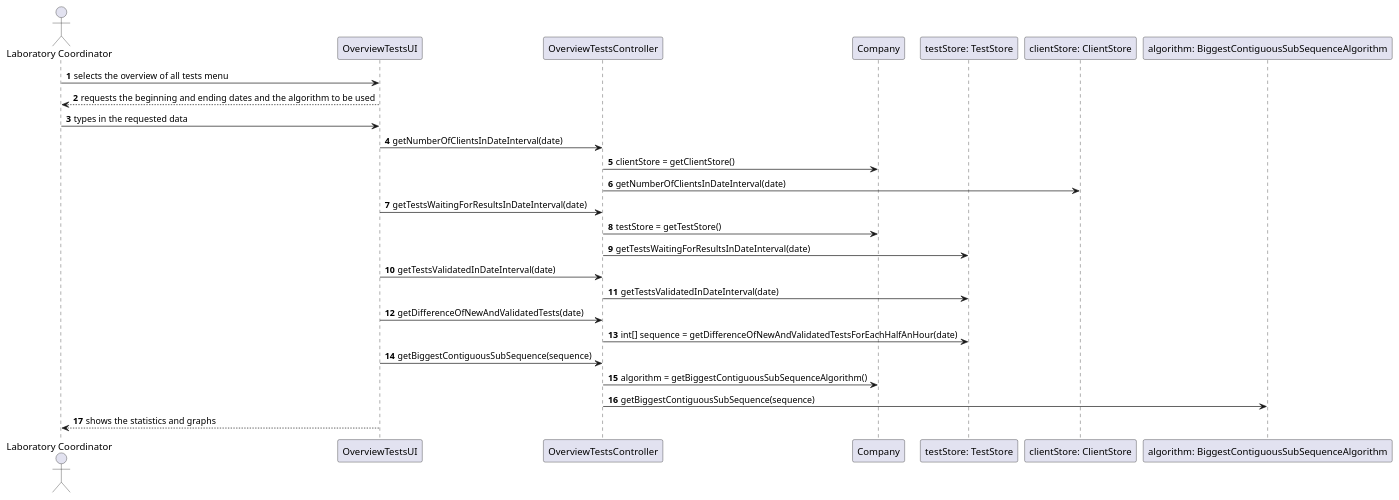
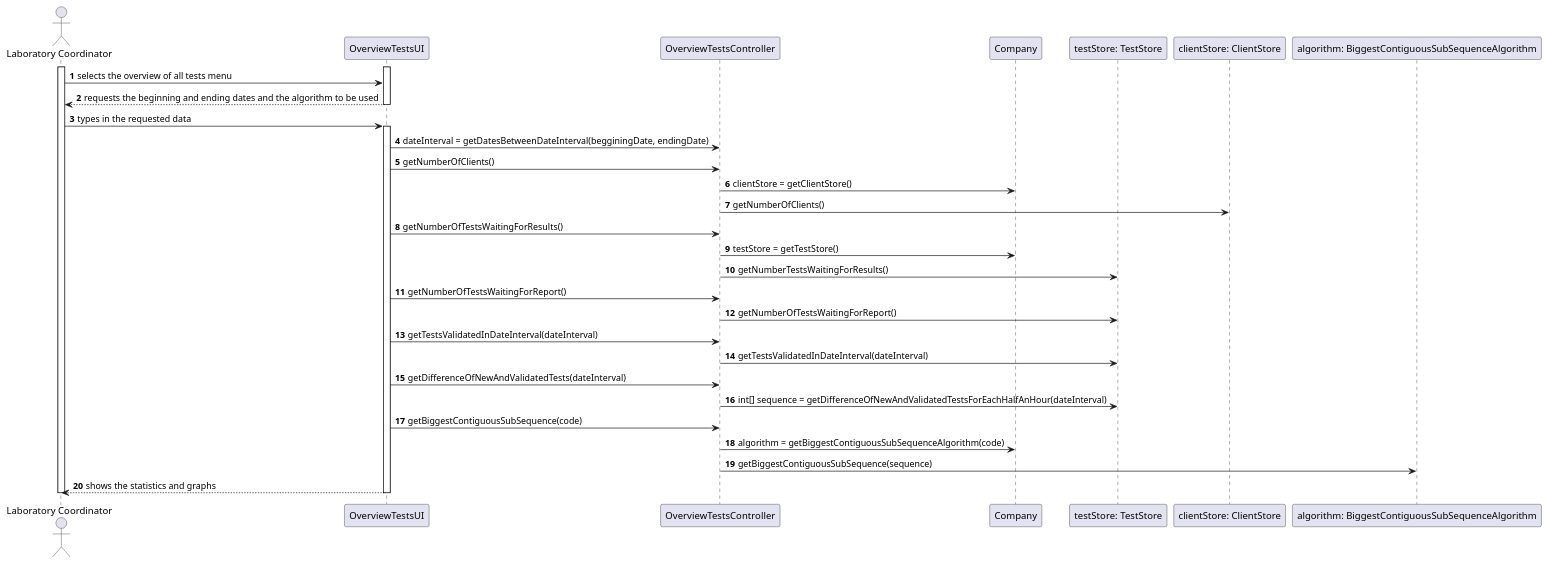
Before and after one commit to MadDinosaur/ISEP-LAPR2: the diagram in docs/SprintD/US16/US16_SD.puml, drawn with PlantUML. The commit also changed 5 other files, not shown here.

Commit message:
US16: updated the sequence diagram; added the code necessary for the user story to work.

```diff
--- a/docs/SprintD/US16/US16_SD.puml
+++ b/docs/SprintD/US16/US16_SD.puml
@@ -1,31 +1,42 @@
 @startuml
 
 autonumber
 
 actor "Laboratory Coordinator" as lc
 participant "OverviewTestsUI" as otUI
 participant "OverviewTestsController" as otC
 participant "Company" as company
 participant "testStore: TestStore" as ts
 participant "clientStore: ClientStore" as cs
 participant "algorithm: BiggestContiguousSubSequenceAlgorithm"
 
+activate lc
+activate otUI
+
 lc -> otUI: selects the overview of all tests menu
 otUI -[dotted]> lc: requests the beginning and ending dates and the algorithm to be used
+deactivate otUI
 lc -> otUI: types in the requested data
-otUI -> otC: getNumberOfClientsInDateInterval(date)
+activate otUI
+otUI -> otC: dateInterval = getDatesBetweenDateInterval(begginingDate, endingDate)
+otUI -> otC: getNumberOfClients()
 otC -> company: clientStore = getClientStore()
-otC -> cs: getNumberOfClientsInDateInterval(date)
-otUI -> otC: getTestsWaitingForResultsInDateInterval(date)
+otC -> cs: getNumberOfClients()
+otUI -> otC: getNumberOfTestsWaitingForResults()
 otC -> company: testStore = getTestStore()
-otC -> ts: getTestsWaitingForResultsInDateInterval(date)
-otUI -> otC: getTestsValidatedInDateInterval(date)
-otC -> ts: getTestsValidatedInDateInterval(date)
-otUI -> otC: getDifferenceOfNewAndValidatedTests(date)
-otC -> ts: int[] sequence = getDifferenceOfNewAndValidatedTestsForEachHalfAnHour(date)
-otUI -> otC: getBiggestContiguousSubSequence(sequence)
-otC -> company: algorithm = getBiggestContiguousSubSequenceAlgorithm()
+otC -> ts: getNumberTestsWaitingForResults()
+otUI -> otC: getNumberOfTestsWaitingForReport()
+otC -> ts: getNumberOfTestsWaitingForReport()
+otUI -> otC: getTestsValidatedInDateInterval(dateInterval)
+otC -> ts: getTestsValidatedInDateInterval(dateInterval)
+otUI -> otC: getDifferenceOfNewAndValidatedTests(dateInterval)
+otC -> ts: int[] sequence = getDifferenceOfNewAndValidatedTestsForEachHalfAnHour(dateInterval)
+otUI -> otC: getBiggestContiguousSubSequence(code)
+otC -> company: algorithm = getBiggestContiguousSubSequenceAlgorithm(code)
 otC -> "algorithm: BiggestContiguousSubSequenceAlgorithm": getBiggestContiguousSubSequence(sequence)
 otUI -[dotted]> lc: shows the statistics and graphs
 
+deactivate otUI
+deactivate lc
+
 @enduml
```
